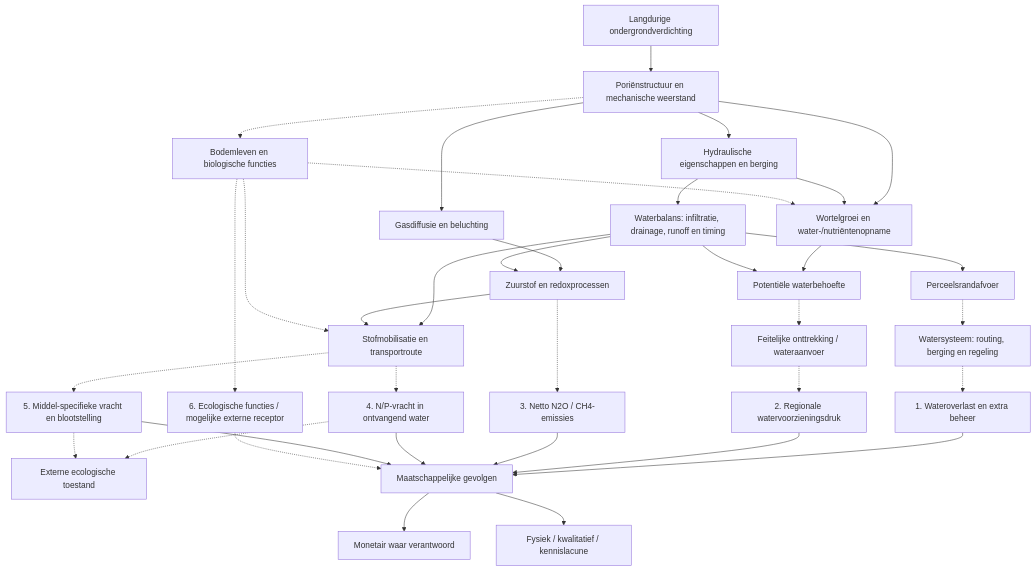
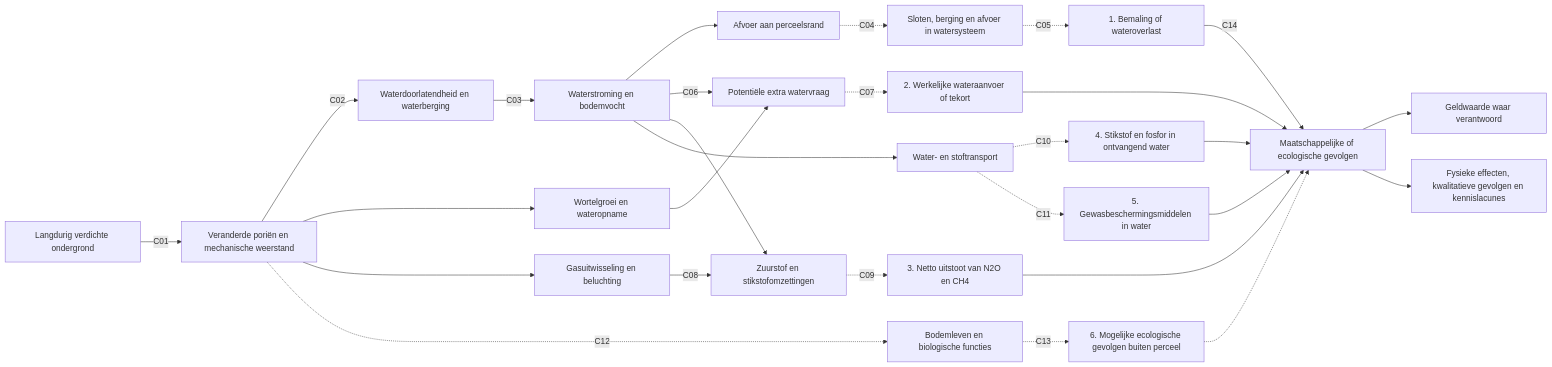
One commit to abhedwig-cell/Bodemverdichting_kosten changed the diagram in docs/75_offsite_causaal_netwerk_en_effectmatrix_v0_1.md. Above: the diagram before and after it, drawn with Mermaid. The commit also changed other lines of this file, not shown here.

Commit message:
Clarify causal diagram and map C01-C14 explicitly to labeled arrows

````diff
--- a/docs/75_offsite_causaal_netwerk_en_effectmatrix_v0_1.md
+++ b/docs/75_offsite_causaal_netwerk_en_effectmatrix_v0_1.md
@@ -15,37 +13,30 @@
 ```mermaid
-flowchart TD
-    S[Langdurige ondergrondverdichting] --> P[Poriënstructuur en mechanische weerstand]
-    P --> H[Hydraulische eigenschappen en berging]
-    P --> G[Gasdiffusie en beluchting]
-    P --> R[Wortelgroei en water-/nutriëntenopname]
-    P -.-> B[Bodemleven en biologische functies]
-    H --> W[Waterbalans: infiltratie, drainage, runoff en timing]
-    H --> R
-    W --> F1[Perceelsrandafvoer]
-    F1 -.-> F2[Watersysteem: routing, berging en regeling]
-    F2 -.-> O1[1. Wateroverlast en extra beheer]
-    R --> D[Potentiële waterbehoefte]
-    W --> D
-    D -.-> F5[Feitelijke onttrekking / wateraanvoer]
-    F5 -.-> O2[2. Regionale watervoorzieningsdruk]
-    W --> T[Stofmobilisatie en transportroute]
-    T -.-> N[4. N/P-vracht in ontvangend water]
-    T -.-> X[5. Middel-specifieke vracht en blootstelling]
-    G --> Z[Zuurstof en redoxprocessen]
+flowchart LR
+    S[Langdurig verdichte ondergrond] -->|C01| P[Veranderde poriën en mechanische weerstand]
+    P -->|C02| H[Waterdoorlatendheid en waterberging]
+    H -->|C03| W[Waterstroming en bodemvocht]
+    W --> A[Afvoer aan perceelsrand]
+    A -.->|C04| N[Sloten, berging en afvoer in watersysteem]
+    N -.->|C05| O1[1. Bemaling of wateroverlast]
+    P --> R[Wortelgroei en wateropname]
+    W -->|C06| D[Potentiële extra watervraag]
+    R --> D
+    D -.->|C07| O2[2. Werkelijke wateraanvoer of tekort]
+    P --> G[Gasuitwisseling en beluchting]
+    G -->|C08| Z[Zuurstof en stikstofomzettingen]
     W --> Z
-    Z -.-> E[3. Netto N2O / CH4-emissies]
-    Z --> T
-    B -.-> R
-    B -.-> T
-    B -.-> O6[6. Ecologische functies / mogelijke externe receptor]
-    N -.-> EC[Externe ecologische toestand]
-    X -.-> EC
-    O1 --> VAL[Maatschappelijke gevolgen]
-    O2 --> VAL
-    E --> VAL
-    N --> VAL
-    X --> VAL
-    O6 -.-> VAL
-    VAL --> MONEY[Monetair waar verantwoord]
-    VAL --> OTHER[Fysiek / kwalitatief / kennislacune]
+    Z -.->|C09| O3[3. Netto uitstoot van N2O en CH4]
+    W --> T[Water- en stoftransport]
+    T -.->|C10| O4[4. Stikstof en fosfor in ontvangend water]
+    T -.->|C11| O5[5. Gewasbeschermingsmiddelen in water]
+    P -.->|C12| B[Bodemleven en biologische functies]
+    B -.->|C13| O6[6. Mogelijke ecologische gevolgen buiten perceel]
+    O1 -->|C14| V[Maatschappelijke of ecologische gevolgen]
+    O2 --> V
+    O3 --> V
+    O4 --> V
+    O5 --> V
+    O6 -.-> V
+    V --> M[Geldwaarde waar verantwoord]
+    V --> Q[Fysieke effecten, kwalitatieve gevolgen en kennislacunes]
 ```
````
